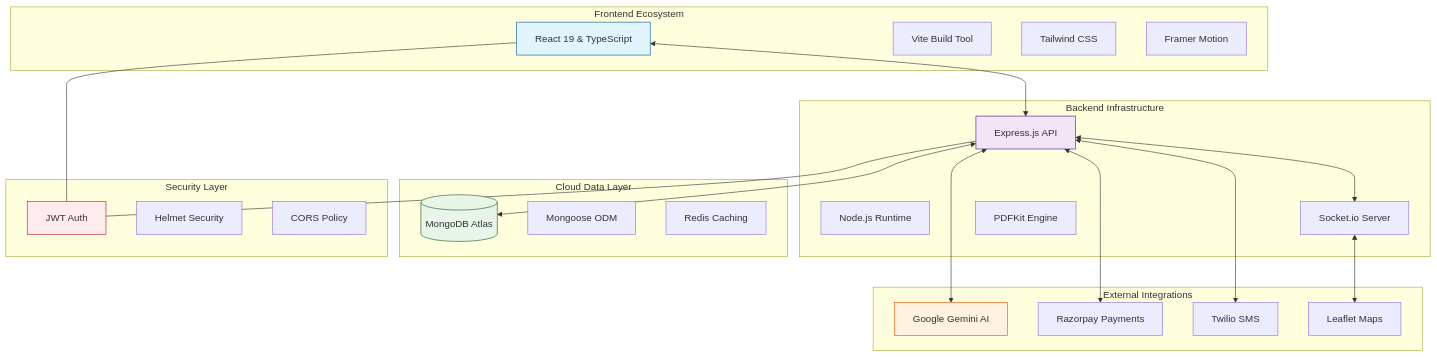
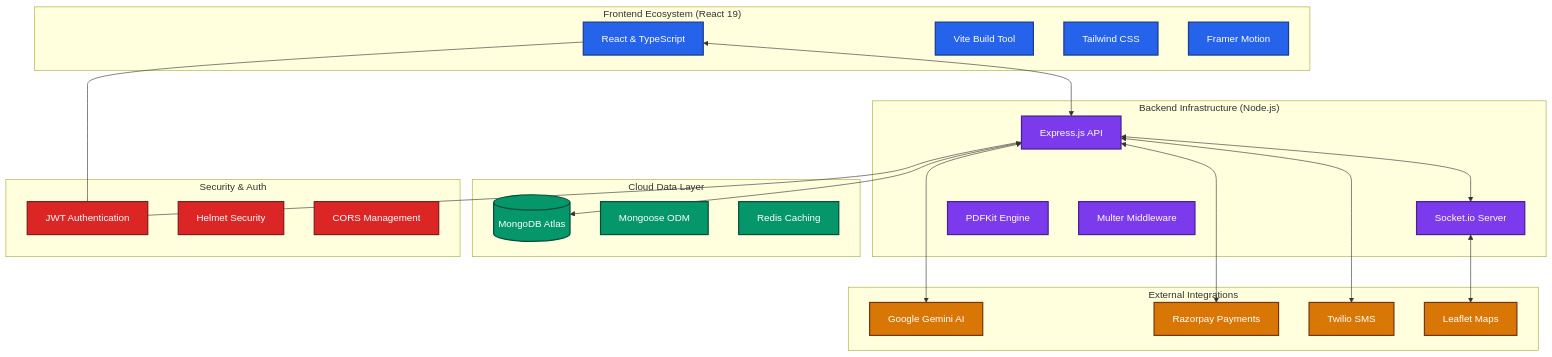
One commit to saahil-007/JSHS_Logistics changed the first of 6 diagrams in COMPREHENSIVE_REPORT.md. Above: the diagram before and after it, drawn with Mermaid. The commit also changed other lines of this file, not shown here.

````diff
--- a/COMPREHENSIVE_REPORT.md
+++ b/COMPREHENSIVE_REPORT.md
@@ -13,51 +13,52 @@
 ```mermaid
 graph TB
-    subgraph "Frontend Ecosystem"
-        A[React 19 & TypeScript]
-        B[Vite Build Tool]
-        C[Tailwind CSS]
-        D[Framer Motion]
+    %% Class Definitions for High Contrast
+    classDef frontend fill:#2563eb,stroke:#1e3a8a,stroke-width:2px,color:#ffffff
+    classDef backend fill:#7c3aed,stroke:#4c1d95,stroke-width:2px,color:#ffffff
+    classDef database fill:#059669,stroke:#064e3b,stroke-width:2px,color:#ffffff
+    classDef external fill:#d97706,stroke:#78350f,stroke-width:2px,color:#ffffff
+    classDef security fill:#dc2626,stroke:#7f1d1d,stroke-width:2px,color:#ffffff
+
+    subgraph "Frontend Ecosystem (React 19)"
+        A[React & TypeScript]:::frontend
+        B[Vite Build Tool]:::frontend
+        C[Tailwind CSS]:::frontend
+        D[Framer Motion]:::frontend
     end
     
-    subgraph "Backend Infrastructure"
-        E[Express.js API]
-        F[Node.js Runtime]
-        G[Socket.io Server]
-        H[PDFKit Engine]
+    subgraph "Backend Infrastructure (Node.js)"
+        E[Express.js API]:::backend
+        F[Socket.io Server]:::backend
+        G[PDFKit Engine]:::backend
+        H[Multer Middleware]:::backend
     end
     
     subgraph "Cloud Data Layer"
-        I[(MongoDB Atlas)]
-        J[Mongoose ODM]
-        K[Redis Caching]
+        I[(MongoDB Atlas)]:::database
+        J[Mongoose ODM]:::database
+        K[Redis Caching]:::database
     end
     
     subgraph "External Integrations"
-        L[Google Gemini AI]
-        M[Razorpay Payments]
-        N[Twilio SMS]
-        O[Leaflet Maps]
+        L[Google Gemini AI]:::external
+        M[Razorpay Payments]:::external
+        N[Twilio SMS]:::external
+        O[Leaflet Maps]:::external
     end
     
-    subgraph "Security Layer"
-        P[JWT Auth]
-        Q[Helmet Security]
-        R[CORS Policy]
+    subgraph "Security & Auth"
+        P[JWT Authentication]:::security
+        Q[Helmet Security]:::security
+        R[CORS Management]:::security
     end
     
     A <--> E
     E <--> I
     E <--> L
     E <--> M
     E <--> N
-    E <--> G
-    G <--> O
+    E <--> F
+    F <--> O
     A --- P
     E --- P
-    
-    style A fill:#e1f5fe,stroke:#01579b
-    style E fill:#f3e5f5,stroke:#4a148c
-    style I fill:#e8f5e9,stroke:#1b5e20
-    style L fill:#fff3e0,stroke:#e65100
-    style P fill:#ffebee,stroke:#b71c1c
 ```
````
